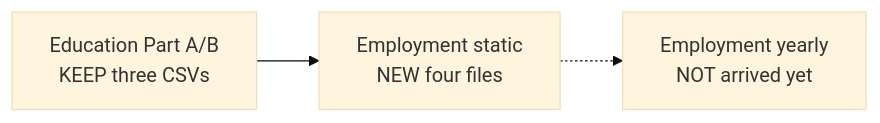
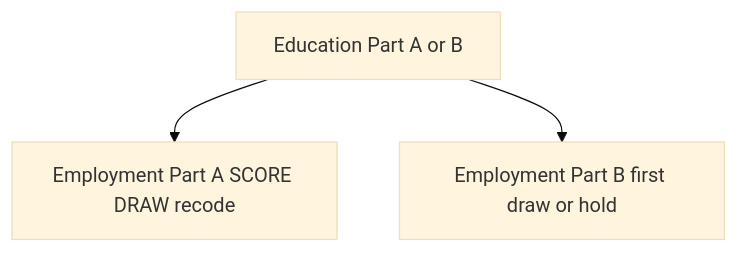
One commit to imperialCHEPI/healthgps changed the diagram in documentation/technical/guides/jacardi-employment-static.md. Above: the diagram before and after it, drawn with Mermaid (base theme). The commit also changed other lines of this file and 17 other files, not shown here.

````diff
--- a/documentation/technical/guides/jacardi-employment-static.md
+++ b/documentation/technical/guides/jacardi-employment-static.md
@@ -17,8 +23,8 @@
 ```mermaid
-flowchart LR
-  Edu[Education Part A/B<br/>KEEP three CSVs]
-  Emp[Employment static<br/>NEW four files]
-  Yearly[Employment yearly<br/>NOT arrived yet]
-  Edu --> Emp
-  Emp -.-> Yearly
+flowchart TD
+  Edu[Education Part A or B]
+  EmpA[Employment Part A SCORE DRAW recode]
+  EmpB[Employment Part B first draw or hold]
+  Edu --> EmpA
+  Edu --> EmpB
 ```
````
